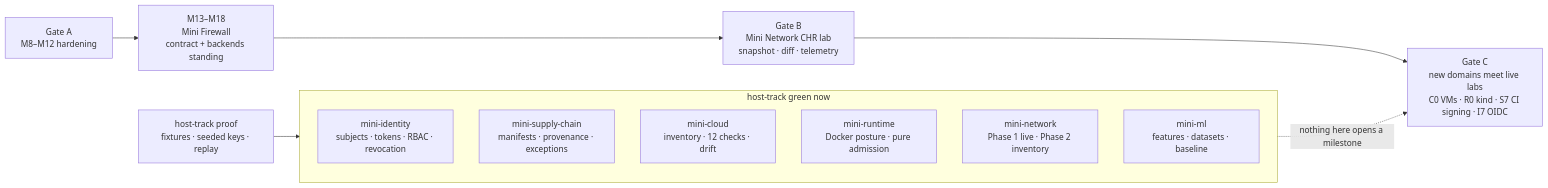
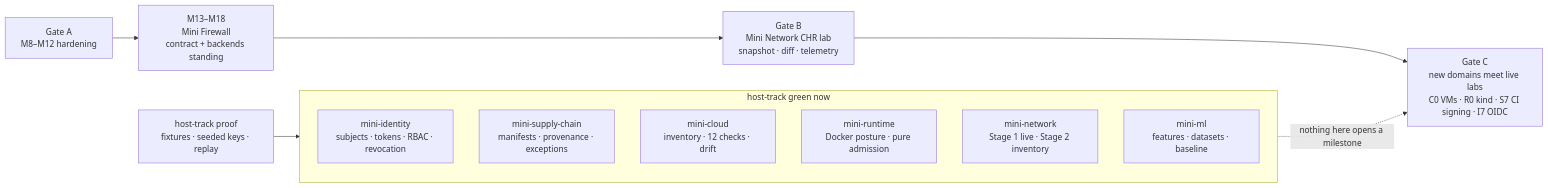
The second of 8 diagrams in src/content/portfolio/mini-sandboxrust.mdx (renaldyhidayatt/renaldyhidayatt.github.io), drawn with Mermaid before and after one commit. The commit also changed other lines of this file and 115 other files, not shown here.

````diff
--- a/src/content/portfolio/mini-sandboxrust.mdx
+++ b/src/content/portfolio/mini-sandboxrust.mdx
@@ -101,24 +104,24 @@
 ```mermaid
 flowchart LR
     HOST["host-track proof<br/>fixtures · seeded keys · replay"]
 
     subgraph SHIPPED["host-track green now"]
         IDENT["mini-identity<br/>subjects · tokens · RBAC · revocation"]
         SUPPLY["mini-supply-chain<br/>manifests · provenance · exceptions"]
         CLOUD["mini-cloud<br/>inventory · 12 checks · drift"]
         K8S["mini-runtime<br/>Docker posture · pure admission"]
-        NET["mini-network<br/>Phase 1 live · Phase 2 inventory"]
+        NET["mini-network<br/>Stage 1 live · Stage 2 inventory"]
         ML["mini-ml<br/>features · datasets · baseline"]
     end
 
     GATEA["Gate A<br/>M8–M12 hardening"]
     FIREWALL["M13–M18<br/>Mini Firewall<br/>contract + backends standing"]
     GATEB["Gate B<br/>Mini Network CHR lab<br/>snapshot · diff · telemetry"]
     GATEC["Gate C<br/>new domains meet live labs<br/>C0 VMs · R0 kind · S7 CI signing · I7 OIDC"]
 
     HOST --> SHIPPED
     SHIPPED -. "nothing here opens a milestone" .-> GATEC
     GATEA --> FIREWALL
     FIREWALL --> GATEB
     GATEB --> GATEC
 ```
````
